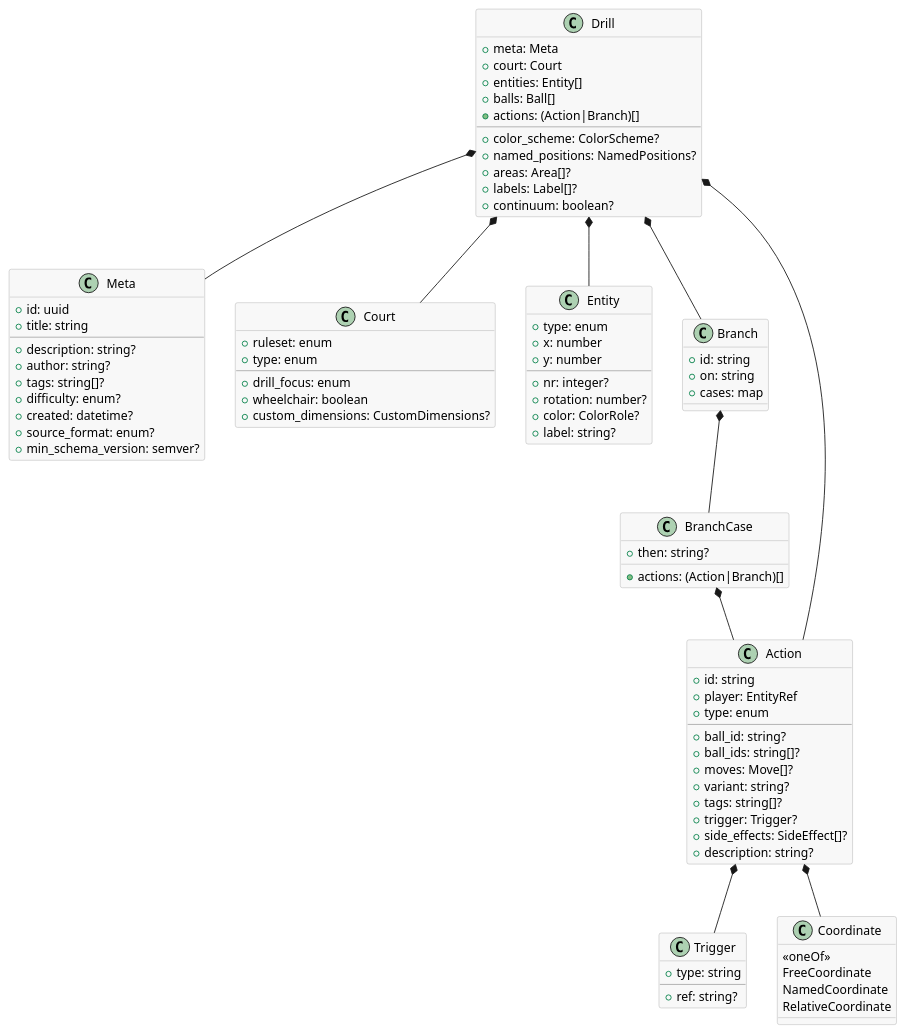
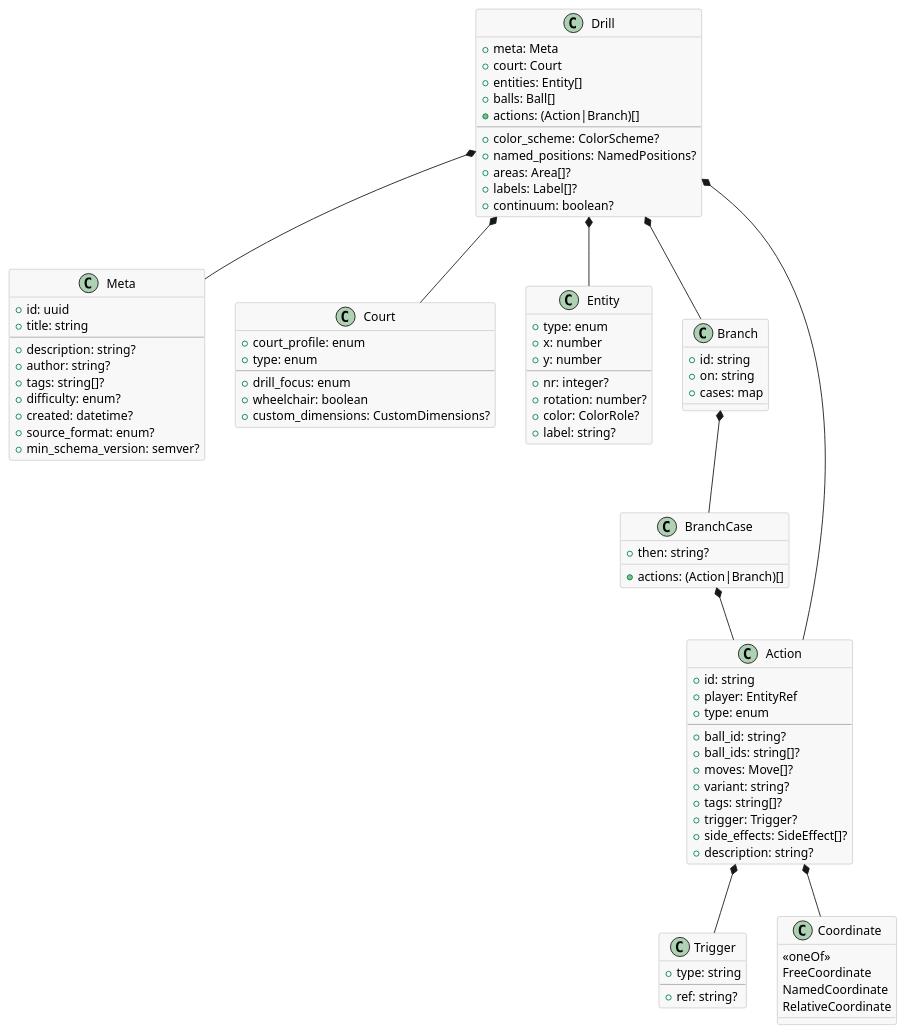
One commit to opencoachingformat/spec changed the first of 2 diagrams in docs/specification.adoc. Above: the diagram before and after it, drawn with PlantUML. The commit also changed other lines of this file, not shown here.

Commit message:
docs(spec): rename ruleset to court_profile throughout the specification (RFC 0012)

```diff
--- a/docs/specification.adoc
+++ b/docs/specification.adoc
@@ -1242,7 +1242,7 @@
 }
 
 class Court {
-  +ruleset: enum
+  +court_profile: enum
   +type: enum
   --
   +drill_focus: enum
```
